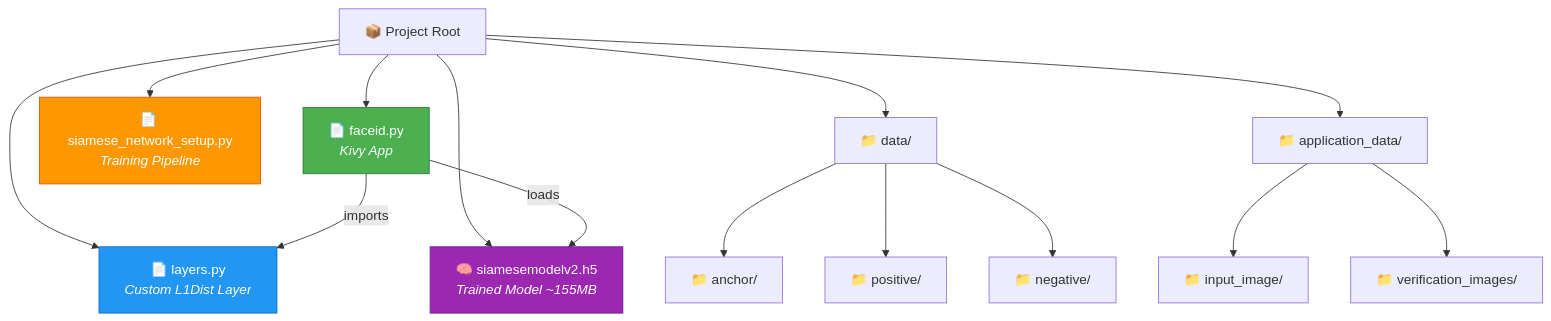
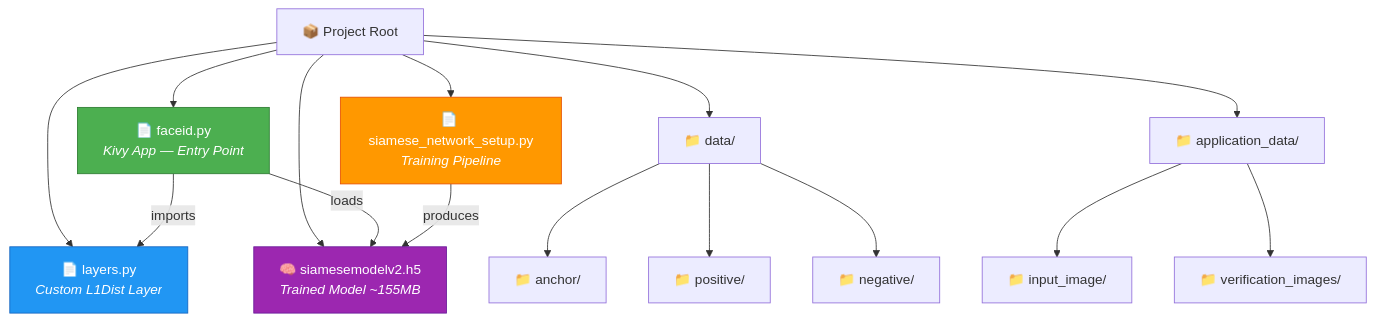
One commit to Paragiscool/Face_verification_ml_project changed the fourth of 20 diagrams in README.md. Above: the diagram before and after it, drawn with Mermaid. The commit also changed other lines of this file, not shown here.

Commit message:
docs: Refine README with Quick Start, Math Foundations, Troubleshooting, References, state diagrams

````diff
--- a/README.md
+++ b/README.md
@@ -166,24 +266,25 @@
 ```mermaid
 graph TD
-    A["📦 Project Root"] --> B["📄 faceid.py<br/><i>Kivy App</i>"]
+    A["📦 Project Root"] --> B["📄 faceid.py<br/><i>Kivy App — Entry Point</i>"]
     A --> C["📄 layers.py<br/><i>Custom L1Dist Layer</i>"]
     A --> D["📄 siamese_network_setup.py<br/><i>Training Pipeline</i>"]
     A --> E["🧠 siamesemodelv2.h5<br/><i>Trained Model ~155MB</i>"]
     A --> F["📁 data/"]
     A --> G["📁 application_data/"]
 
     F --> F1["📁 anchor/"]
     F --> F2["📁 positive/"]
     F --> F3["📁 negative/"]
 
     G --> G1["📁 input_image/"]
     G --> G2["📁 verification_images/"]
 
     B -->|imports| C
     B -->|loads| E
+    D -->|produces| E
 
     style B fill:#4CAF50,stroke:#2E7D32,color:#fff
     style C fill:#2196F3,stroke:#1565C0,color:#fff
     style D fill:#FF9800,stroke:#E65100,color:#fff
     style E fill:#9C27B0,stroke:#6A1B9A,color:#fff
 ```
````
